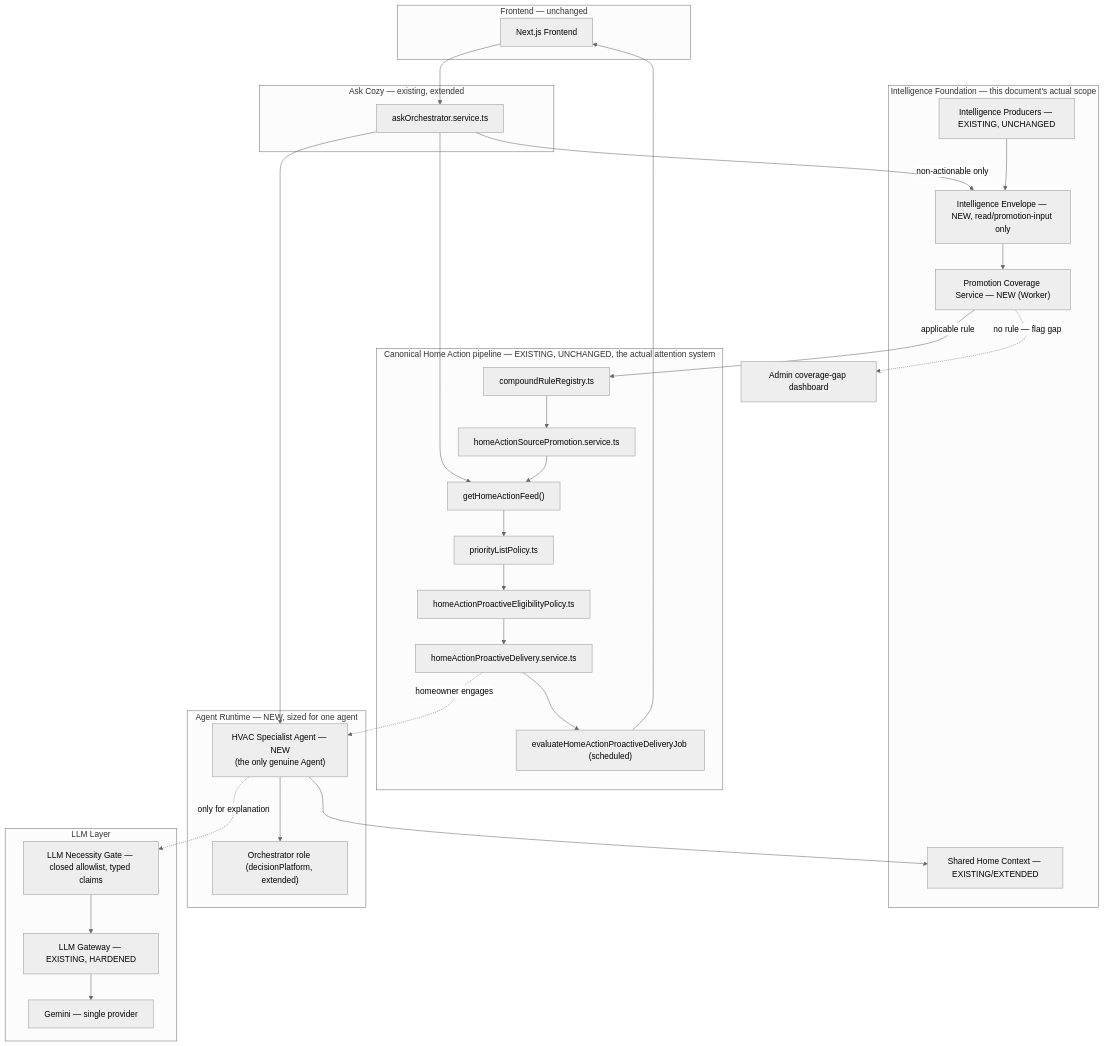
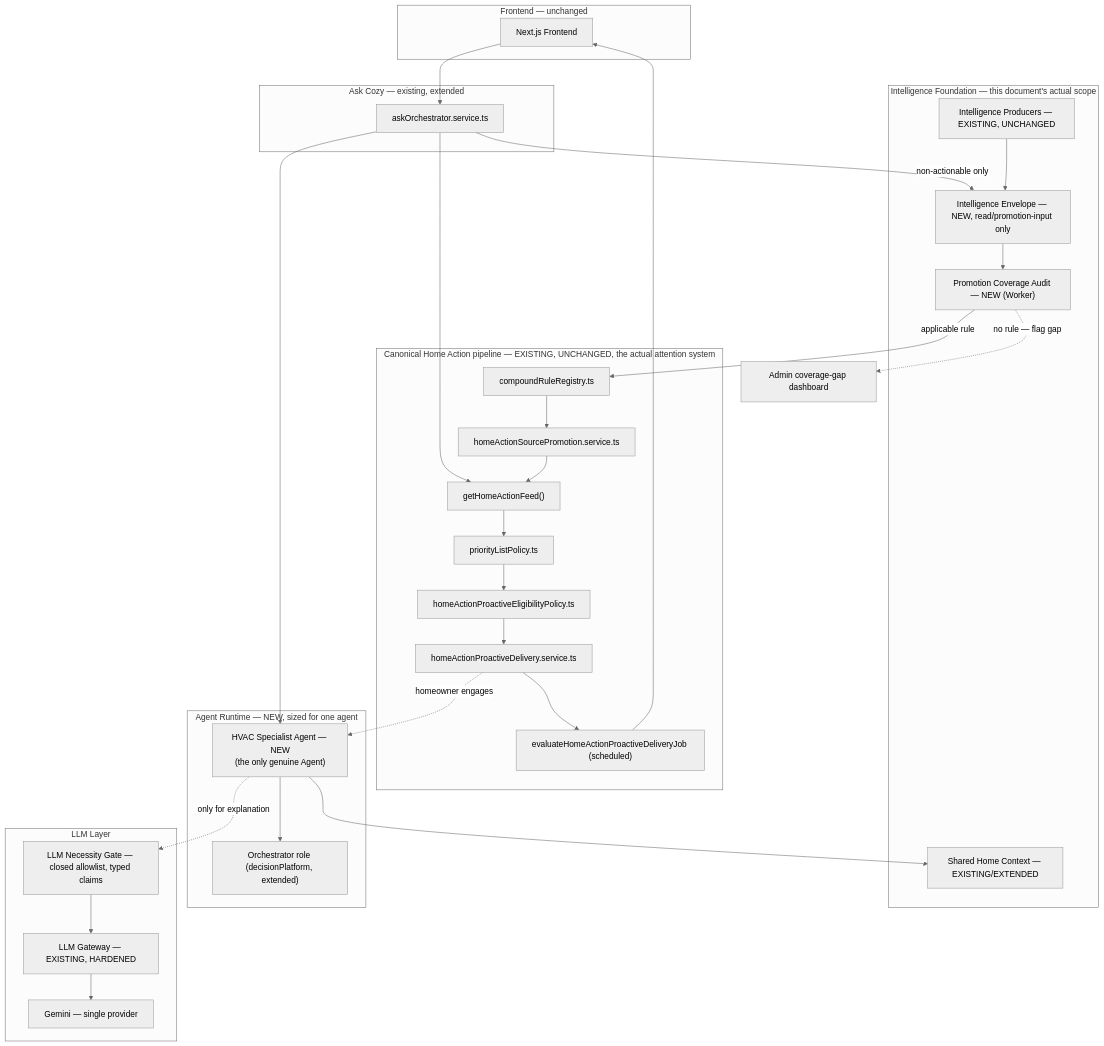
Before and after one commit to madhuboyin/contract-to-cozy1: the fourth of 9 diagrams in docs/architecture/C2C_INTELLIGENCE_AGENTIC_EVOLUTION_ARCHITECTURE.md, drawn with Mermaid (neutral theme). The commit also changed other lines of this file, not shown here.

````diff
--- a/docs/architecture/C2C_INTELLIGENCE_AGENTIC_EVOLUTION_ARCHITECTURE.md
+++ b/docs/architecture/C2C_INTELLIGENCE_AGENTIC_EVOLUTION_ARCHITECTURE.md
@@ -657,53 +700,53 @@
 ```mermaid
 graph TB
   subgraph CLIENT["Frontend — unchanged"]
     FE["Next.js Frontend"]
   end
 
   subgraph ASK["Ask Cozy — existing, extended"]
     ASKR["askOrchestrator.service.ts"]
   end
 
   subgraph CANON["Canonical Home Action pipeline — EXISTING, UNCHANGED, the actual attention system"]
     RULES["compoundRuleRegistry.ts"]
     PROMO["homeActionSourcePromotion.service.ts"]
     FEED["getHomeActionFeed()"]
     PLP["priorityListPolicy.ts"]
     ELIG["homeActionProactiveEligibilityPolicy.ts"]
     DELIV["homeActionProactiveDelivery.service.ts"]
     CRON["evaluateHomeActionProactiveDeliveryJob (scheduled)"]
   end
 
   subgraph FOUNDATION["Intelligence Foundation — this document's actual scope"]
     CTX["Shared Home Context — EXISTING/EXTENDED"]
     PROD["Intelligence Producers — EXISTING, UNCHANGED"]
     ENV["Intelligence Envelope — NEW, read/promotion-input only"]
-    COV["Promotion Coverage Service — NEW (Worker)"]
+    COV["Promotion Coverage Audit — NEW (Worker)"]
   end
 
   subgraph AGENT["Agent Runtime — NEW, sized for one agent"]
     SPEC["HVAC Specialist Agent — NEW\n(the only genuine Agent)"]
     ORCH["Orchestrator role (decisionPlatform, extended)"]
   end
 
   subgraph LLMLAYER["LLM Layer"]
     NGATE["LLM Necessity Gate — closed allowlist, typed claims"]
     GATE["LLM Gateway — EXISTING, HARDENED"]
     GEM["Gemini — single provider"]
   end
 
   FE --> ASKR
   ASKR --> FEED
   ASKR --> SPEC
   ASKR -->|"non-actionable only"| ENV
 
   PROD --> ENV --> COV
   COV -->|"applicable rule"| RULES --> PROMO --> FEED
   COV -.->|"no rule — flag gap"| GAPBOARD["Admin coverage-gap dashboard"]
   FEED --> PLP --> ELIG --> DELIV --> CRON --> FE
 
   DELIV -.homeowner engages.-> SPEC
   SPEC --> CTX
   SPEC --> ORCH
   SPEC -.only for explanation.-> NGATE --> GATE --> GEM
 ```
````
